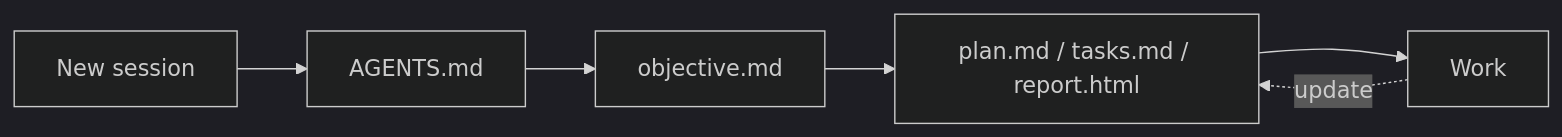
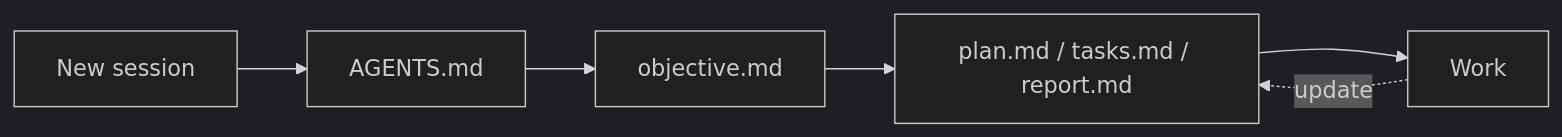
Before and after one commit to rhymesg/coding-agent-guidelines: the diagram in skills/create-workplan/SKILL.md, drawn with Mermaid (dark theme). The commit also changed other lines of this file and 8 other files, not shown here.

````diff
--- a/skills/create-workplan/SKILL.md
+++ b/skills/create-workplan/SKILL.md
@@ -9,8 +9,8 @@
 ```mermaid
 flowchart LR
     session[New session] --> agents[AGENTS.md]
     agents --> objective[objective.md]
-    objective --> documents[plan.md / tasks.md / report.html]
+    objective --> documents[plan.md / tasks.md / report.md]
     documents --> work[Work]
     work -.->|update| documents
 ```
````
